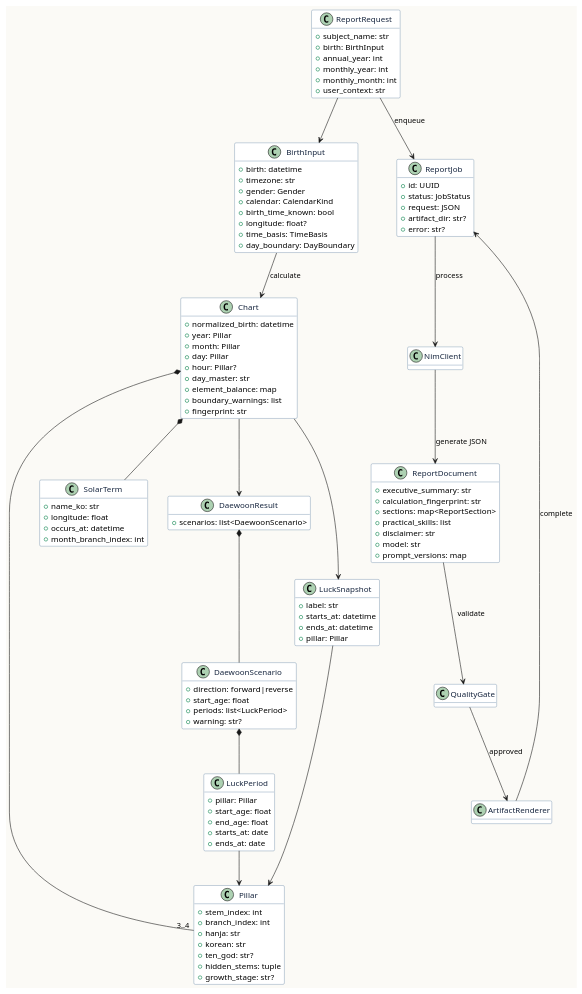
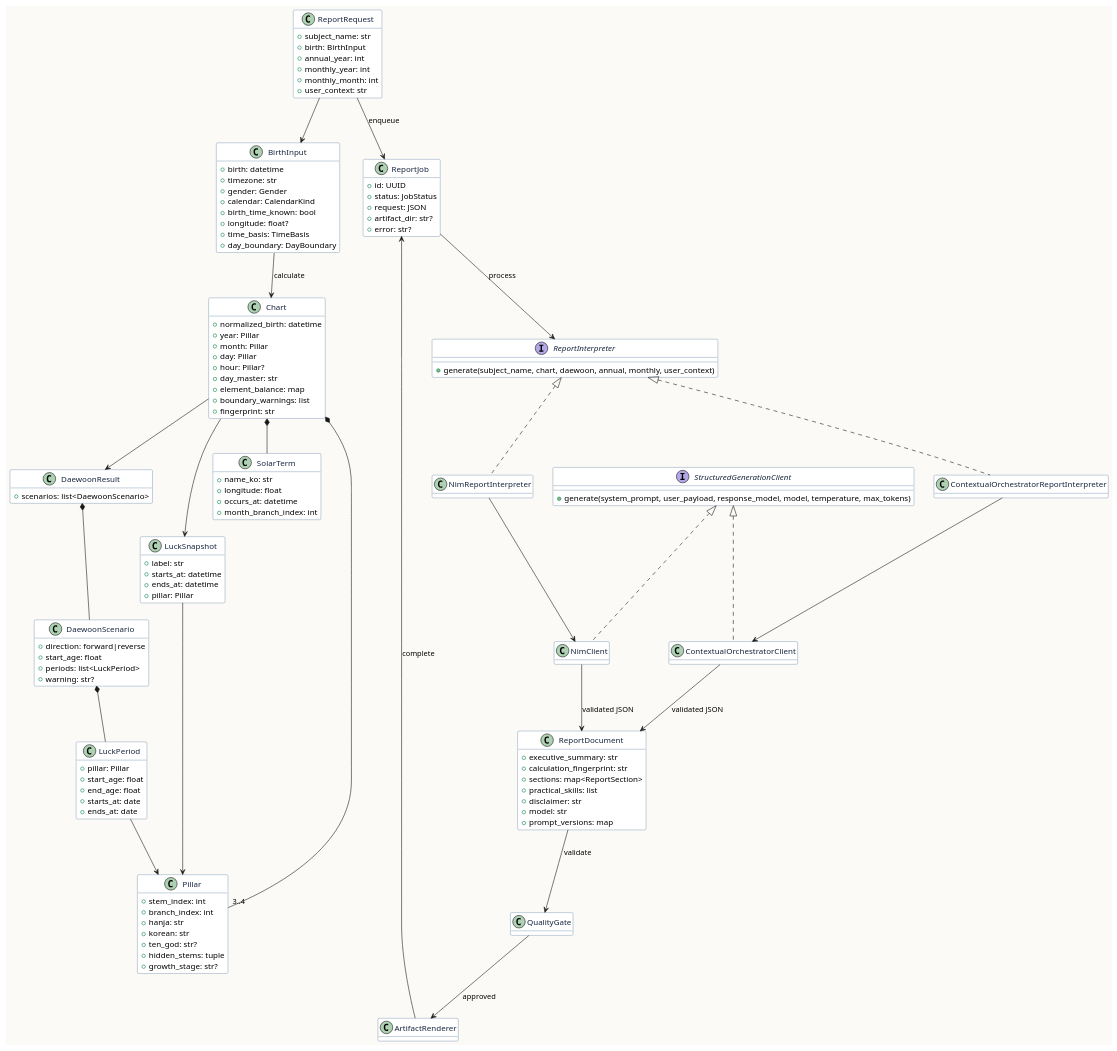
One commit to ContextualWisdomLab/four-pillars changed the diagram in docs/uml/domain.puml. Above: the diagram before and after it, drawn with PlantUML.

Commit message:
docs: model structured generation adapters in UML

```diff
--- a/docs/uml/domain.puml
+++ b/docs/uml/domain.puml
@@ -1,121 +1,139 @@
 @startuml
 skinparam backgroundColor #FBFAF6
 skinparam classBackgroundColor #FFFFFF
 skinparam classBorderColor #315A84
 skinparam classFontColor #17263F
 hide empty methods
 
 class BirthInput {
   +birth: datetime
   +timezone: str
   +gender: Gender
   +calendar: CalendarKind
   +birth_time_known: bool
   +longitude: float?
   +time_basis: TimeBasis
   +day_boundary: DayBoundary
 }
 
 class Chart {
   +normalized_birth: datetime
   +year: Pillar
   +month: Pillar
   +day: Pillar
   +hour: Pillar?
   +day_master: str
   +element_balance: map
   +boundary_warnings: list
   +fingerprint: str
 }
 
 class Pillar {
   +stem_index: int
   +branch_index: int
   +hanja: str
   +korean: str
   +ten_god: str?
   +hidden_stems: tuple
   +growth_stage: str?
 }
 
 class SolarTerm {
   +name_ko: str
   +longitude: float
   +occurs_at: datetime
   +month_branch_index: int
 }
 
 class DaewoonResult {
   +scenarios: list<DaewoonScenario>
 }
 
 class DaewoonScenario {
   +direction: forward|reverse
   +start_age: float
   +periods: list<LuckPeriod>
   +warning: str?
 }
 
 class LuckPeriod {
   +pillar: Pillar
   +start_age: float
   +end_age: float
   +starts_at: date
   +ends_at: date
 }
 
 class LuckSnapshot {
   +label: str
   +starts_at: datetime
   +ends_at: datetime
   +pillar: Pillar
 }
 
 class ReportRequest {
   +subject_name: str
   +birth: BirthInput
   +annual_year: int
   +monthly_year: int
   +monthly_month: int
   +user_context: str
 }
 
 class ReportDocument {
   +executive_summary: str
   +calculation_fingerprint: str
   +sections: map<ReportSection>
   +practical_skills: list
   +disclaimer: str
   +model: str
   +prompt_versions: map
 }
 
 class ReportJob {
   +id: UUID
   +status: JobStatus
   +request: JSON
   +artifact_dir: str?
   +error: str?
 }
 
+interface ReportInterpreter {
+  +generate(subject_name, chart, daewoon, annual, monthly, user_context)
+}
+
+interface StructuredGenerationClient {
+  +generate(system_prompt, user_payload, response_model, model, temperature, max_tokens)
+}
+
+class NimReportInterpreter
+class ContextualOrchestratorReportInterpreter
 class NimClient
+class ContextualOrchestratorClient
 class QualityGate
 class ArtifactRenderer
 
 BirthInput --> Chart : calculate
 Chart *-- "3..4" Pillar
 Chart *-- SolarTerm
 Chart --> DaewoonResult
 DaewoonResult *-- DaewoonScenario
 DaewoonScenario *-- LuckPeriod
 LuckPeriod --> Pillar
 Chart --> LuckSnapshot
 LuckSnapshot --> Pillar
 ReportRequest --> BirthInput
 ReportRequest --> ReportJob : enqueue
-ReportJob --> NimClient : process
-NimClient --> ReportDocument : generate JSON
+ReportJob --> ReportInterpreter : process
+ReportInterpreter <|.. NimReportInterpreter
+ReportInterpreter <|.. ContextualOrchestratorReportInterpreter
+StructuredGenerationClient <|.. NimClient
+StructuredGenerationClient <|.. ContextualOrchestratorClient
+NimReportInterpreter --> NimClient
+ContextualOrchestratorReportInterpreter --> ContextualOrchestratorClient
+NimClient --> ReportDocument : validated JSON
+ContextualOrchestratorClient --> ReportDocument : validated JSON
 ReportDocument --> QualityGate : validate
 QualityGate --> ArtifactRenderer : approved
 ArtifactRenderer --> ReportJob : complete
 @enduml
```
